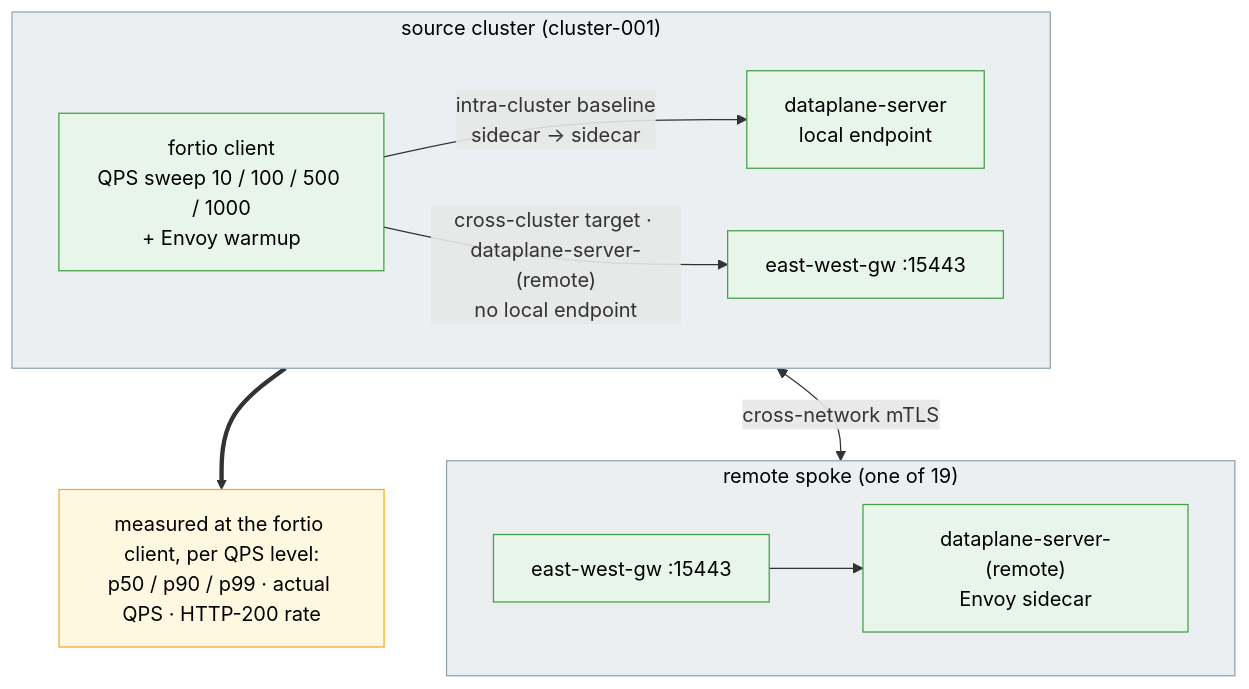
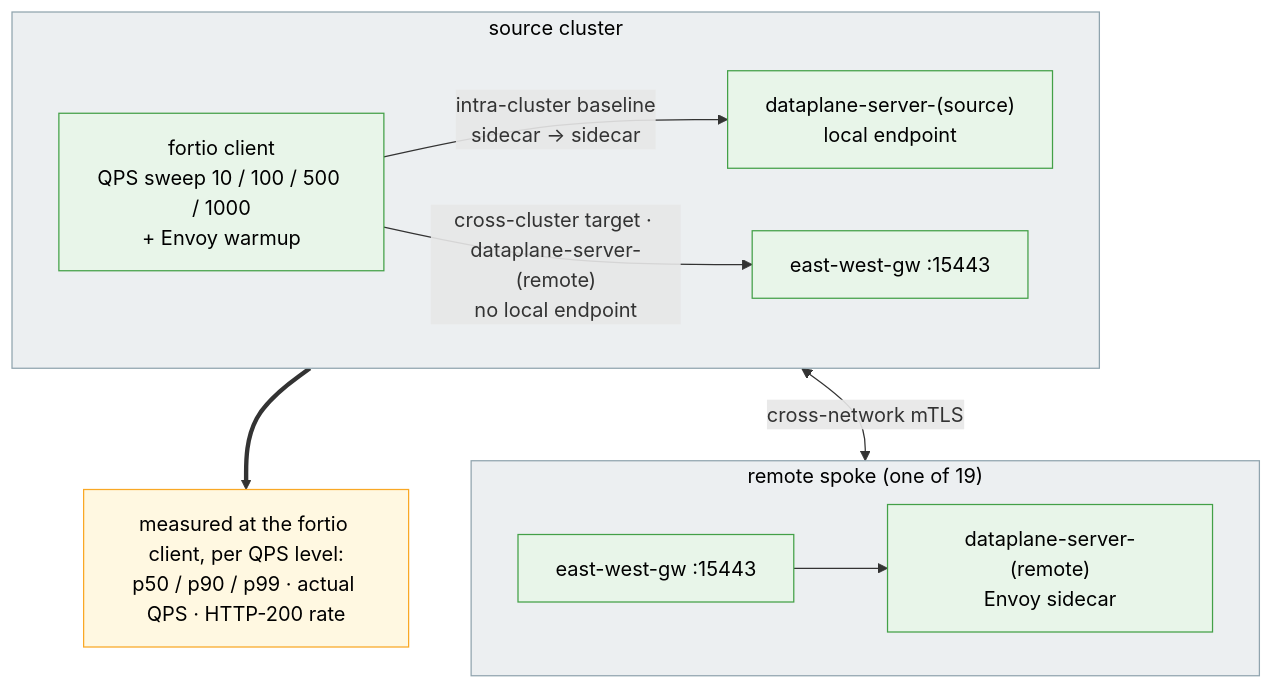
One commit to shpwrck/istio-scale-tests changed the diagram in tests/dataplane/README.md. Above: the diagram before and after it, drawn with Mermaid. The commit also changed other lines of this file and 27 other files, not shown here.

````diff
--- a/tests/dataplane/README.md
+++ b/tests/dataplane/README.md
@@ -10,32 +11,32 @@
 ```mermaid
 graph TB
-    subgraph SRC["source cluster (cluster-001)"]
+    subgraph SRC["source cluster"]
         direction LR
         FC["fortio client<br/>QPS sweep 10 / 100 / 500 / 1000<br/>+ Envoy warmup"]
-        SS["dataplane-server<br/>local endpoint"]
+        SS["dataplane-server-(source)<br/>local endpoint"]
         SEW["east-west-gw :15443"]
         FC -->|"intra-cluster baseline<br/>sidecar → sidecar"| SS
         FC -->|"cross-cluster target · dataplane-server-(remote)<br/>no local endpoint"| SEW
     end
 
     subgraph RMT["remote spoke (one of 19)"]
         direction LR
         REW["east-west-gw :15443"]
         RS["dataplane-server-(remote)<br/>Envoy sidecar"]
         REW --> RS
     end
 
     SEW <-->|"cross-network mTLS"| REW
     FC ==> OUT["measured at the fortio client, per QPS level:<br/>p50 / p90 / p99 · actual QPS · HTTP-200 rate"]
 
     classDef mesh fill:#ffffff,stroke:#5c6bc0,stroke-width:2px,stroke-dasharray:6 5,color:#000;
     classDef cluster fill:#eceff1,stroke:#90a4ae,color:#000;
     classDef namespace fill:#ffebee,stroke:#e53935,color:#000;
     classDef controlplane fill:#e3f2fd,stroke:#1e88e5,color:#000;
     classDef dataplane fill:#e8f5e9,stroke:#43a047,color:#000;
     classDef harness fill:#f3e5f5,stroke:#8e24aa,color:#000;
     classDef output fill:#fff8e1,stroke:#f9a825,color:#000;
     class SRC,RMT cluster;
     class FC,SS,SEW,REW,RS dataplane;
     class OUT output;
 ```
````
